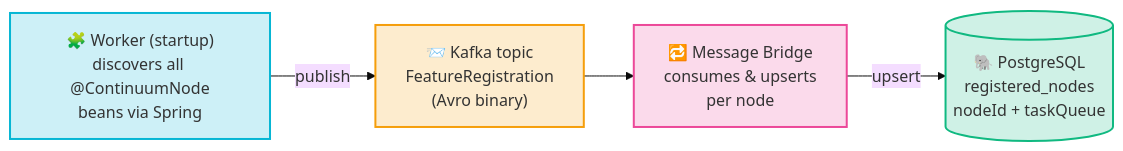
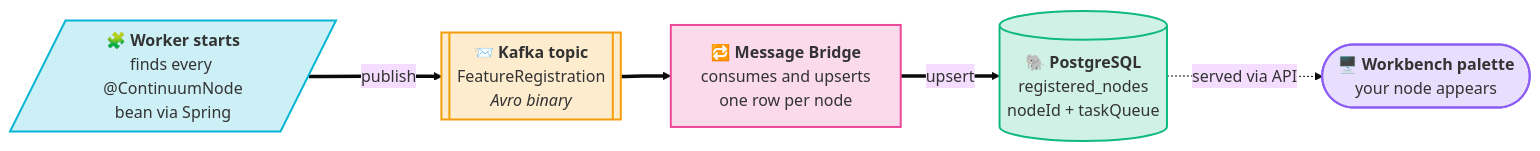
Before and after one commit to projectcontinuum-org/continuum-docs: the diagram in docs/architecture/node-model.md, drawn with Mermaid (base theme). The commit also changed 49 other files, not shown here.

````diff
--- a/docs/architecture/node-model.md
+++ b/docs/architecture/node-model.md
@@ -46,18 +46,22 @@
 ```mermaid
 flowchart LR
-  W["🧩 Worker (startup)<br/>discovers all @ContinuumNode<br/>beans via Spring"]
-  K["📨 Kafka topic<br/>FeatureRegistration<br/>(Avro binary)"]
-  B["🔁 Message Bridge<br/>consumes &amp; upserts<br/>per node"]
-  DB[("🐘 PostgreSQL<br/>registered_nodes<br/>nodeId + taskQueue")]
+  W[/"🧩 <b>Worker starts</b><br/>finds every @ContinuumNode<br/>bean via Spring"/]
+  K[["📨 <b>Kafka topic</b><br/>FeatureRegistration<br/><i>Avro binary</i>"]]
+  B["🔁 <b>Message Bridge</b><br/>consumes and upserts<br/>one row per node"]
+  DB[("🐘 <b>PostgreSQL</b><br/>registered_nodes<br/>nodeId + taskQueue")]
+  UI(["🖥️ <b>Workbench palette</b><br/>your node appears"])
 
-  W -->|publish| K --> B -->|upsert| DB
+  W ==>|"publish"| K ==> B ==>|"upsert"| DB -.->|"served via API"| UI
 
+  classDef ui fill:#8b5cf633,stroke:#8b5cf6,stroke-width:2px
+  classDef core fill:#ec489933,stroke:#ec4899,stroke-width:2px
+  classDef stream fill:#f59e0b33,stroke:#f59e0b,stroke-width:2px
   classDef worker fill:#06b6d433,stroke:#06b6d4,stroke-width:2px
-  classDef stream fill:#f59e0b33,stroke:#f59e0b,stroke-width:2px
-  classDef core fill:#ec489933,stroke:#ec4899,stroke-width:2px
   classDef store fill:#10b98133,stroke:#10b981,stroke-width:2px
+  classDef hero fill:#06b6d433,stroke:#06b6d4,stroke-width:4px,stroke-dasharray:6 3
   class W worker
   class K stream
   class B core
   class DB store
+  class UI ui
 ```
````
